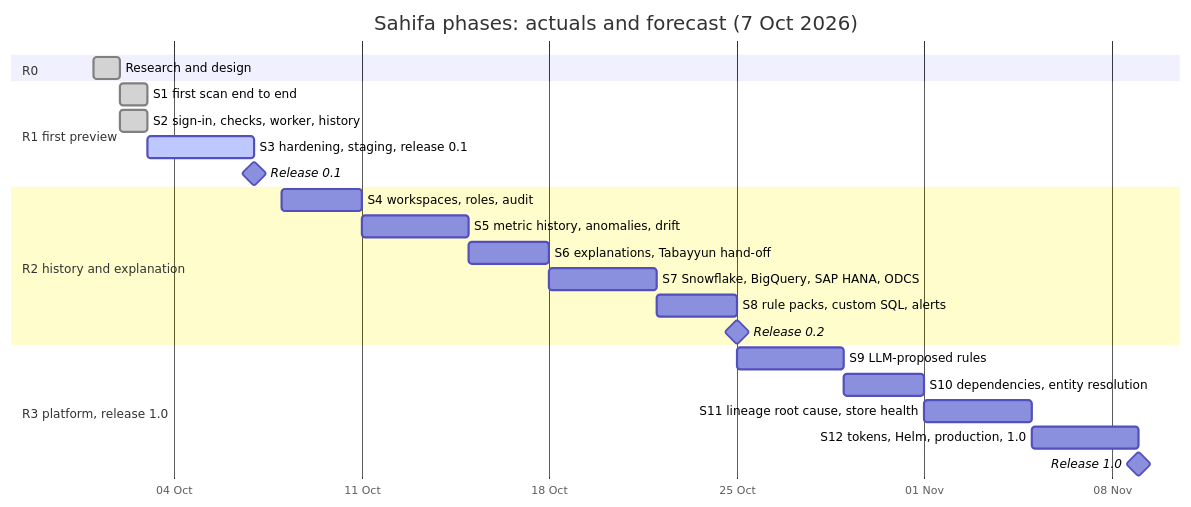
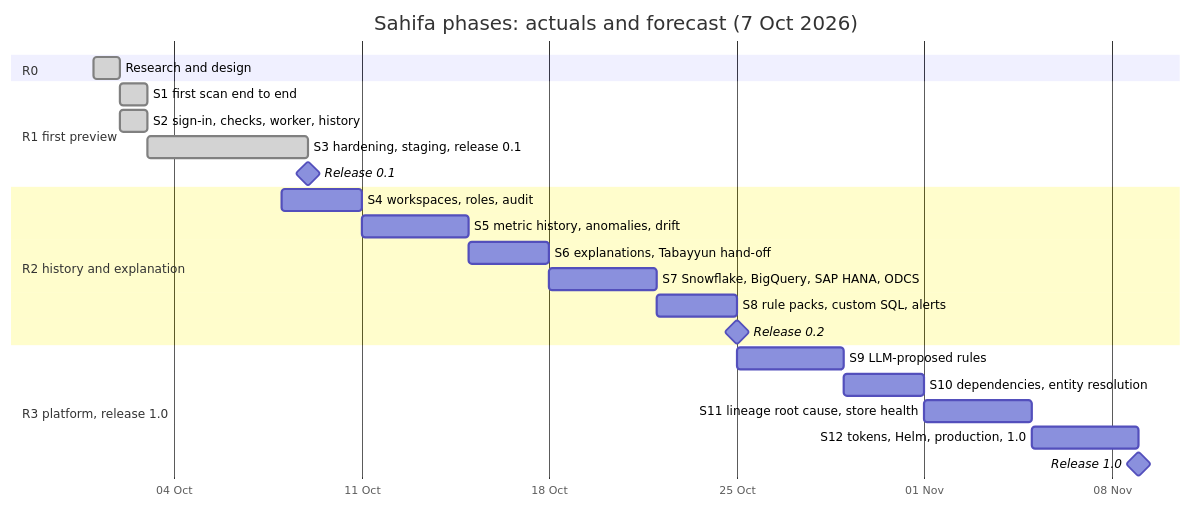
One commit to Sira-Labs/Sahifa changed the diagram in docs/roadmap/roadmap.md. Above: the diagram before and after it, drawn with Mermaid. The commit also changed other lines of this file and 4 other files, not shown here.

First line of the commit message:
docs: release 0.1 published; spec 015 and sprint 3 done (#27)

````diff
--- a/docs/roadmap/roadmap.md
+++ b/docs/roadmap/roadmap.md
@@ -56,26 +56,26 @@
 ```mermaid
 gantt
   title Sahifa phases: actuals and forecast (7 Oct 2026)
   dateFormat YYYY-MM-DD
   axisFormat %d %b
   section R0
   Research and design                      :done, r0, 2026-10-01, 2026-10-02
   section R1 first preview
   S1 first scan end to end                 :done, s1, 2026-10-02, 1d
   S2 sign-in, checks, worker, history      :done, s2, 2026-10-02, 2026-10-03
-  S3 hardening, staging, release 0.1       :active, s3, 2026-10-03, 2026-10-07
-  Release 0.1                              :milestone, v01, 2026-10-07, 0d
+  S3 hardening, staging, release 0.1       :done, s3, 2026-10-03, 2026-10-09
+  Release 0.1                              :milestone, v01, 2026-10-09, 0d
   section R2 history and explanation
   S4 workspaces, roles, audit              :s4, 2026-10-08, 3d
   S5 metric history, anomalies, drift      :s5, after s4, 4d
   S6 explanations, Tabayyun hand-off       :s6, after s5, 3d
   S7 Snowflake, BigQuery, SAP HANA, ODCS   :s7, after s6, 4d
   S8 rule packs, custom SQL, alerts        :s8, after s7, 3d
   Release 0.2                              :milestone, v02, after s8, 0d
   section R3 platform, release 1.0
   S9 LLM-proposed rules                    :s9, after s8, 4d
   S10 dependencies, entity resolution      :s10, after s9, 3d
   S11 lineage root cause, store health     :s11, after s10, 4d
   S12 tokens, Helm, production, 1.0        :s12, after s11, 4d
   Release 1.0                              :milestone, v10, after s12, 0d
 ```
````
